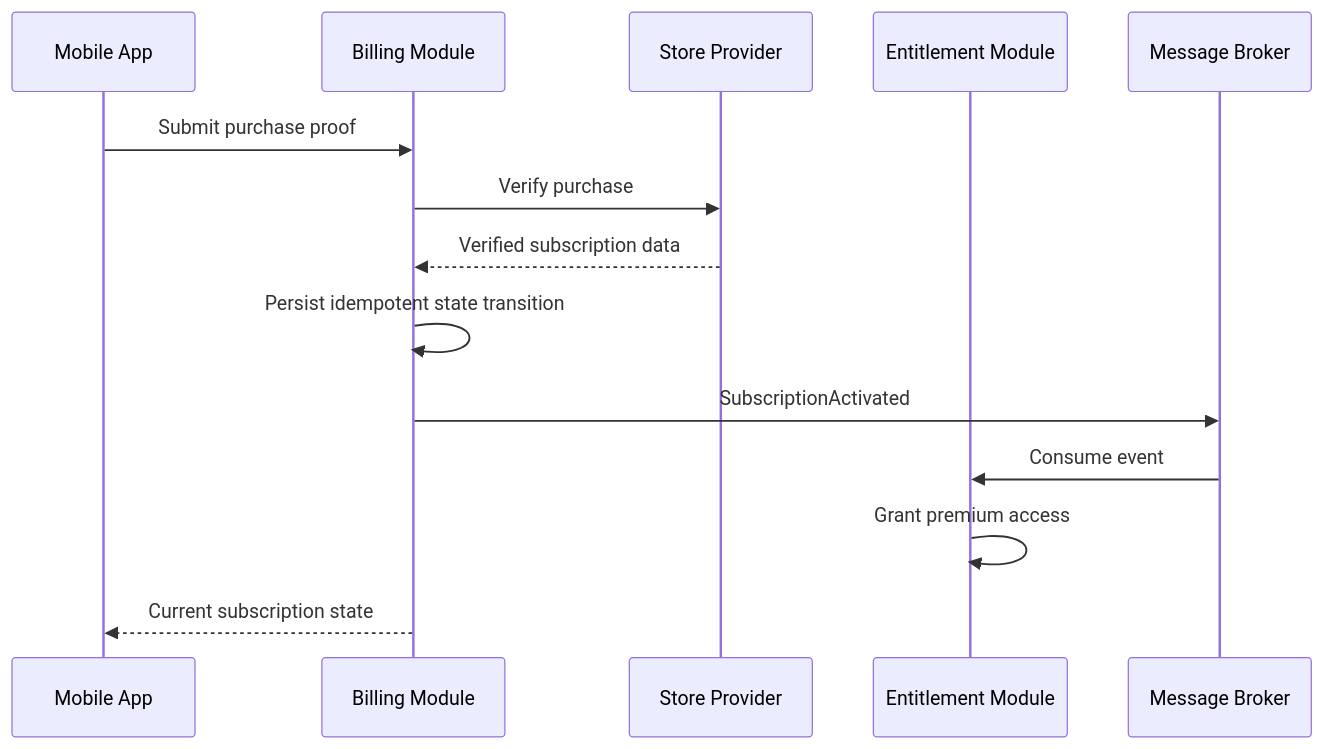
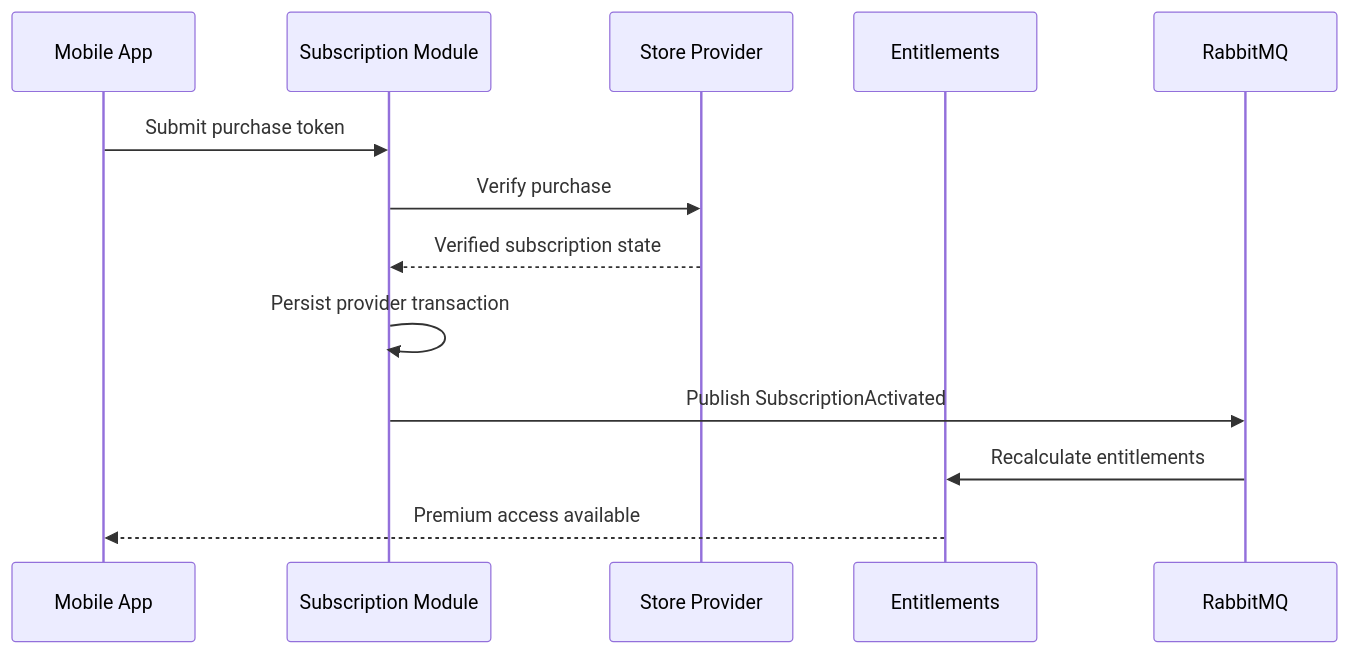
The fifth of 6 diagrams in docs/03_Architecture/Software_Architecture.md (IoanMarian08/KidsAudioBookPlatform), drawn with Mermaid before and after one commit. The commit also changed other lines of this file, not shown here.

Commit message:
docs(architecture): deepen software architecture specification

````diff
--- a/docs/03_Architecture/Software_Architecture.md
+++ b/docs/03_Architecture/Software_Architecture.md
@@ -453,17 +377,16 @@
 ```mermaid
 sequenceDiagram
     participant App as Mobile App
-    participant Billing as Billing Module
-    participant Provider as Store Provider
-    participant Entitlements as Entitlement Module
-    participant Broker as Message Broker
+    participant Sub as Subscription Module
+    participant Store as Store Provider
+    participant Ent as Entitlements
+    participant MQ as RabbitMQ
 
-    App->>Billing: Submit purchase proof
-    Billing->>Provider: Verify purchase
-    Provider-->>Billing: Verified subscription data
-    Billing->>Billing: Persist idempotent state transition
-    Billing->>Broker: SubscriptionActivated
-    Broker->>Entitlements: Consume event
-    Entitlements->>Entitlements: Grant premium access
-    Billing-->>App: Current subscription state
+    App->>Sub: Submit purchase token
+    Sub->>Store: Verify purchase
+    Store-->>Sub: Verified subscription state
+    Sub->>Sub: Persist provider transaction
+    Sub->>MQ: Publish SubscriptionActivated
+    MQ->>Ent: Recalculate entitlements
+    Ent-->>App: Premium access available
 ```
````
